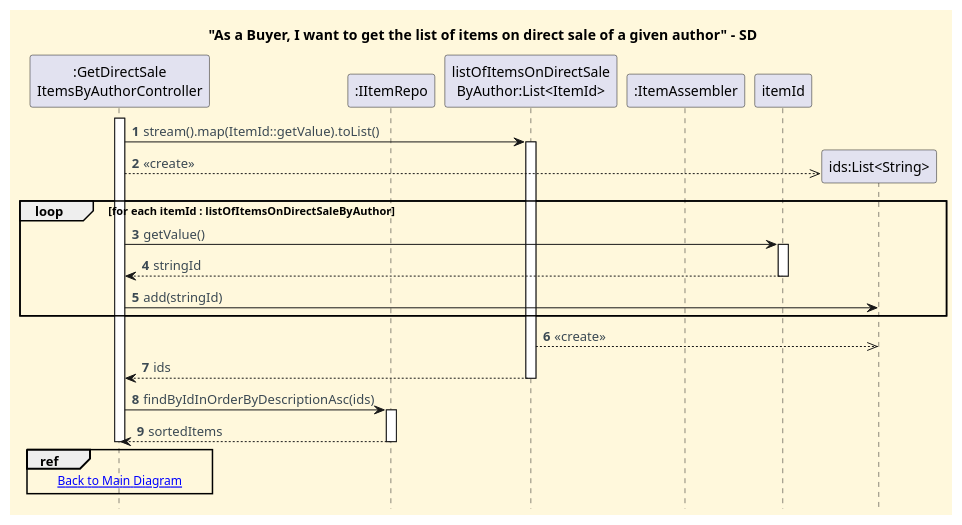
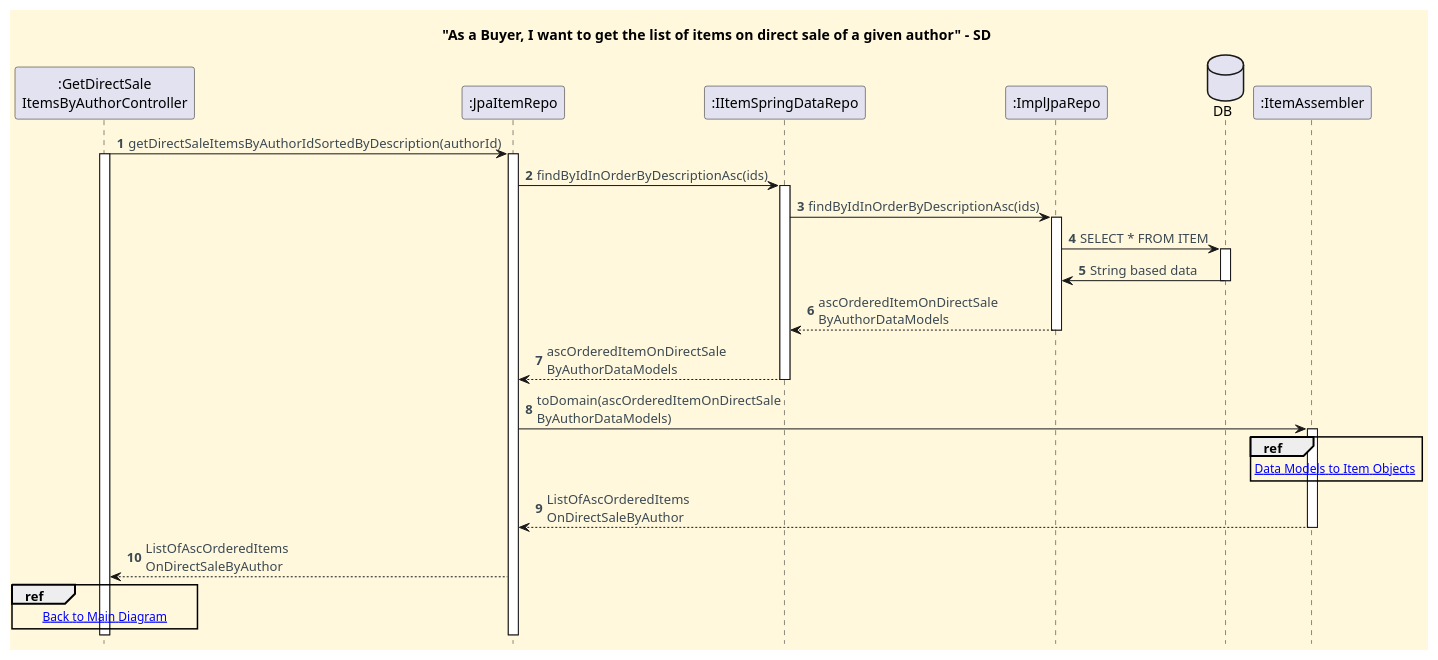
One commit to CarolinaLeite-collab/JavaMarketplacePlatform changed the diagram in docs/functionalities/buyer/get-list-of-items-on-direct-sale-of-given-author/sd-ref-diagrams/Query_Repo.puml. Above: the diagram before and after it, drawn with PlantUML. The commit also changed 4 other files, not shown here.

Commit message:
docs: adds to update direct sale SDs and add repository reference diagrams (#688)

```diff
--- a/docs/functionalities/buyer/get-list-of-items-on-direct-sale-of-given-author/sd-ref-diagrams/Query_Repo.puml
+++ b/docs/functionalities/buyer/get-list-of-items-on-direct-sale-of-given-author/sd-ref-diagrams/Query_Repo.puml
@@ -1,66 +1,61 @@
 @startuml
 '==== Title ====
 title "As a Buyer, I want to get the list of items on direct sale of a given author" - SD
 
 
 '==== basic style ====
 skinparam monochrome false
 skinparam shadowing false
 skinparam defaultFontName Futura
 skinparam objectFontSize 20
 skinparam backgroundColor CornSilk
 skinparam objectBackgroundColor WhiteSmoke
 skinparam noteBackgroundColor #FFFFE0
 skinparam ArrowFontColor #3B4953
 skinparam ActivationBackgroundColor black
 hidefootbox
 autonumber
 
 
 ' ==== Actor and participants ====
 hidefootbox
 autonumber
 
 participant ":GetDirectSale\nItemsByAuthorController" as CTL
-participant ":IItemRepo" as IITEMREPO
-participant "listOfItemsOnDirectSale\nByAuthor:List<ItemId>" as LIST
-participant ":ItemAssembler" as ASSMBLR
 
+participant ":JpaItemRepo" as JpaRepo
+participant ":IItemSpringDataRepo" as SpringRepo
+participant ":ImplJpaRepo" as JpaImpl
+database "DB" as DB
+participant ":ItemAssembler" as ASS
+
+CTL -> JpaRepo : getDirectSaleItemsByAuthorIdSortedByDescription(authorId)
 activate CTL
-
-CTL -> LIST : stream().map(ItemId::getValue).toList()
-activate LIST
-create "ids:List<String>" as IDS
-CTL -->> IDS : <<create>>
-
-loop for each itemId : listOfItemsOnDirectSaleByAuthor
-
-CTL -> itemId : getValue()
-activate itemId
-
-itemId --> CTL : stringId
-
-deactivate itemId
-
-CTL -> IDS : add(stringId)
-
+activate JpaRepo
+JpaRepo -> SpringRepo: findByIdInOrderByDescriptionAsc(ids)
+activate SpringRepo
+SpringRepo -> JpaImpl: findByIdInOrderByDescriptionAsc(ids)
+activate JpaImpl
+JpaImpl -> DB: SELECT * FROM ITEM
+activate DB
+DB -> JpaImpl: String based data
+deactivate DB
+JpaImpl -->SpringRepo: ascOrderedItemOnDirectSale\nByAuthorDataModels
+deactivate JpaImpl
+SpringRepo --> JpaRepo : ascOrderedItemOnDirectSale\nByAuthorDataModels
+deactivate SpringRepo
+JpaRepo -> ASS : toDomain(ascOrderedItemOnDirectSale\nByAuthorDataModels)
+activate ASS
+ref over ASS
+[[ converts Data Models to Item Objects ]]
 end
-create "ids:List<String>" as IDS
-LIST -->> IDS : <<create>>
-LIST --> CTL : ids
-
-deactivate LIST
-create "ids:List<String>" as IDS
-
-CTL -> IITEMREPO : findByIdInOrderByDescriptionAsc(ids)
-activate IITEMREPO
-IITEMREPO --> CTL : sortedItems
-deactivate IITEMREPO
+ASS --> JpaRepo : ListOfAscOrderedItems\nOnDirectSaleByAuthor
+deactivate ASS
+JpaRepo --> CTL : ListOfAscOrderedItems\nOnDirectSaleByAuthor
 
 ref over CTL
 [[../Get_List_Of_Items_On_Direct_Sale_Of_Given_Author_SD_3.puml Back to Main Diagram]]
 end ref
 
-deactivate CTL
 
 @enduml
```
